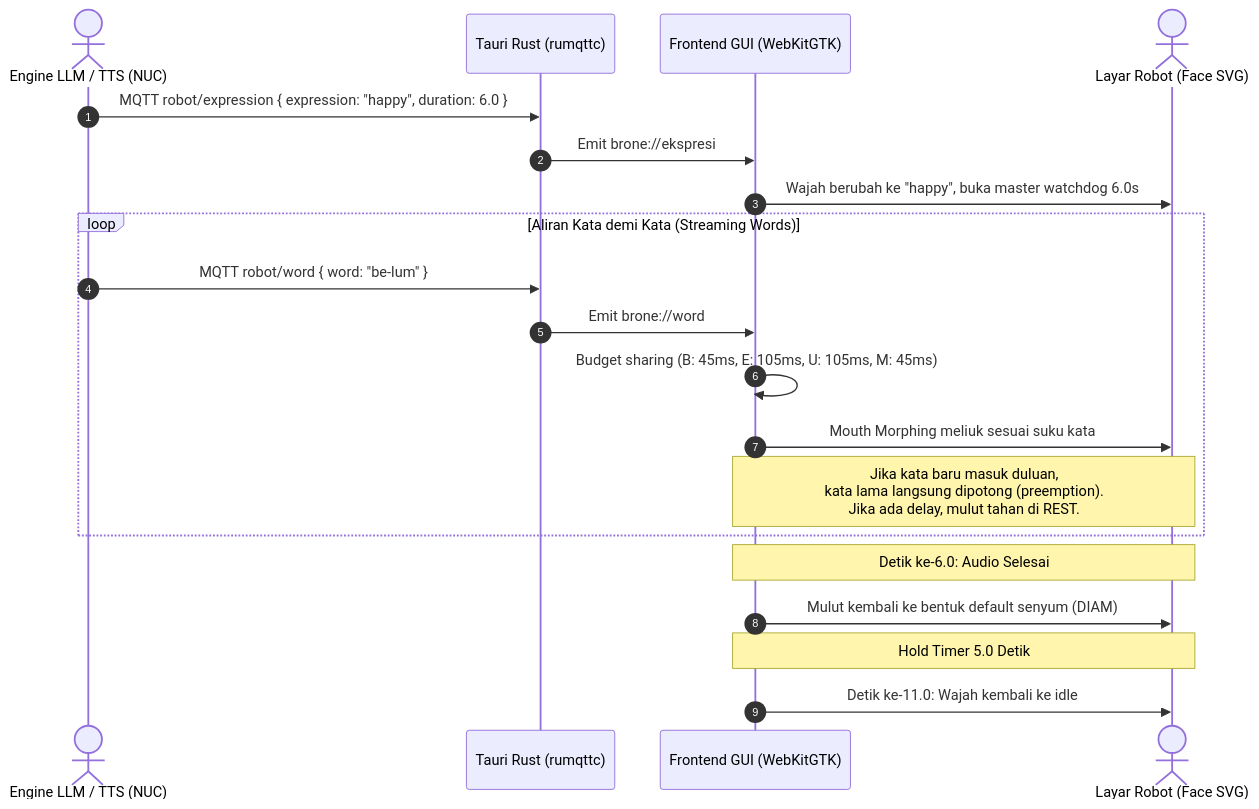
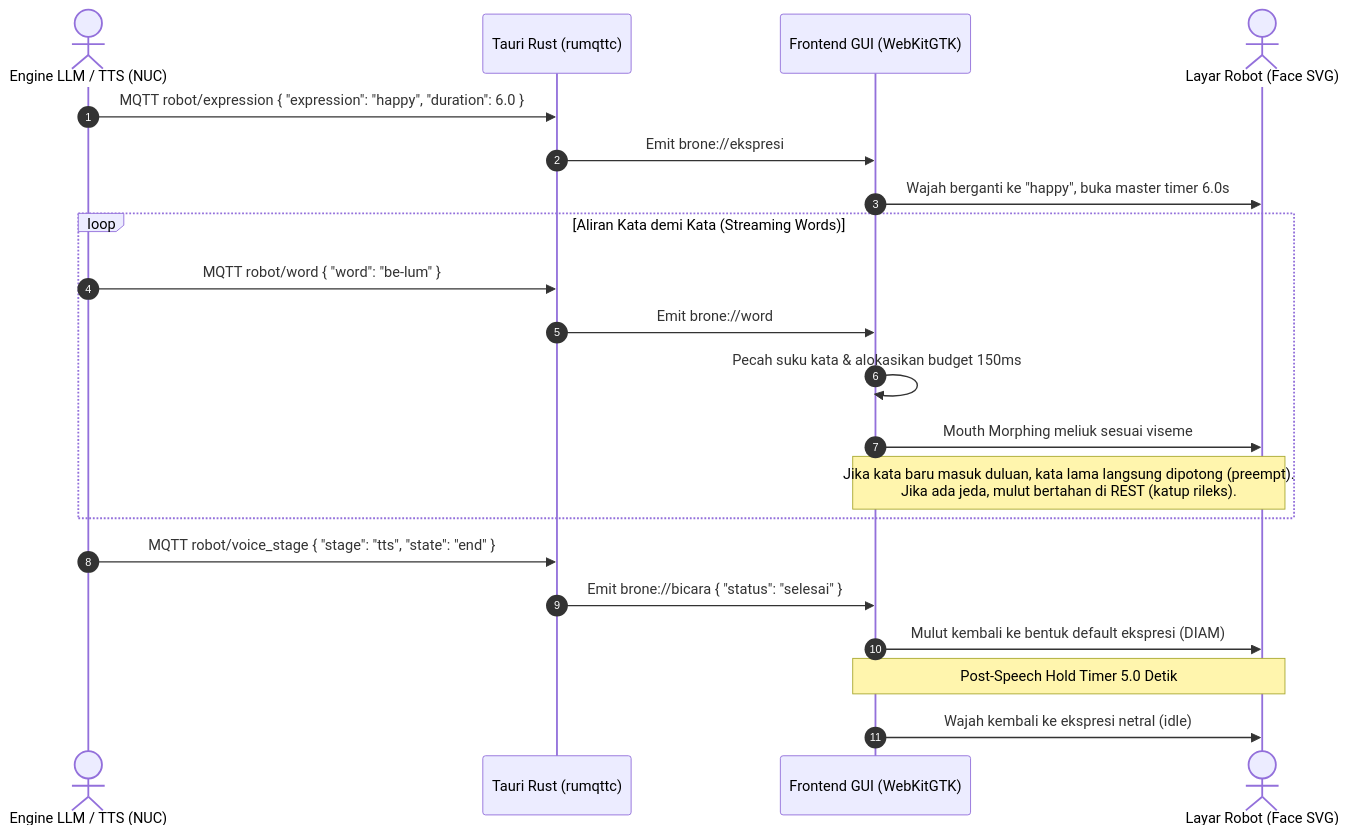
The diagram in docs/rekap-ide-baru-viseme-streaming.md (Cicatrixscar/BroneGUI-Tauri), drawn with Mermaid before and after one commit. The commit also changed other lines of this file, not shown here.

Commit message:
docs: tambahkan spesifikasi lengkap implementasi streaming viseme (akronim BCA/UB, budget sharing, dan kode JS)

````diff
--- a/docs/rekap-ide-baru-viseme-streaming.md
+++ b/docs/rekap-ide-baru-viseme-streaming.md
@@ -15,25 +25,26 @@
 ```mermaid
 sequenceDiagram
     autonumber
     actor LLM as Engine LLM / TTS (NUC)
     participant Rust as Tauri Rust (rumqttc)
     participant JS as Frontend GUI (WebKitGTK)
     actor Screen as Layar Robot (Face SVG)
 
-    LLM->>Rust: MQTT robot/expression { expression: "happy", duration: 6.0 }
+    LLM->>Rust: MQTT robot/expression { "expression": "happy", "duration": 6.0 }
     Rust->>JS: Emit brone://ekspresi
-    JS->>Screen: Wajah berubah ke "happy", buka master watchdog 6.0s
+    JS->>Screen: Wajah berganti ke "happy", buka master timer 6.0s
 
     loop Aliran Kata demi Kata (Streaming Words)
-        LLM->>Rust: MQTT robot/word { word: "be-lum" }
+        LLM->>Rust: MQTT robot/word { "word": "be-lum" }
         Rust->>JS: Emit brone://word
-        JS->>JS: Budget sharing (B: 45ms, E: 105ms, U: 105ms, M: 45ms)
-        JS->>Screen: Mouth Morphing meliuk sesuai suku kata
-        Note over JS,Screen: Jika kata baru masuk duluan,<br/>kata lama langsung dipotong (preemption).<br/>Jika ada delay, mulut tahan di REST.
+        JS->>JS: Pecah suku kata & alokasikan budget 150ms
+        JS->>Screen: Mouth Morphing meliuk sesuai viseme
+        Note over JS,Screen: Jika kata baru masuk duluan, kata lama langsung dipotong (preempt).<br/>Jika ada jeda, mulut bertahan di REST (katup rileks).
     end
 
-    Note over JS,Screen: Detik ke-6.0: Audio Selesai
-    JS->>Screen: Mulut kembali ke bentuk default senyum (DIAM)
-    Note over JS,Screen: Hold Timer 5.0 Detik
-    JS->>Screen: Detik ke-11.0: Wajah kembali ke idle
+    LLM->>Rust: MQTT robot/voice_stage { "stage": "tts", "state": "end" }
+    Rust->>JS: Emit brone://bicara { "status": "selesai" }
+    JS->>Screen: Mulut kembali ke bentuk default ekspresi (DIAM)
+    Note over JS,Screen: Post-Speech Hold Timer 5.0 Detik
+    JS->>Screen: Wajah kembali ke ekspresi netral (idle)
 ```
````
